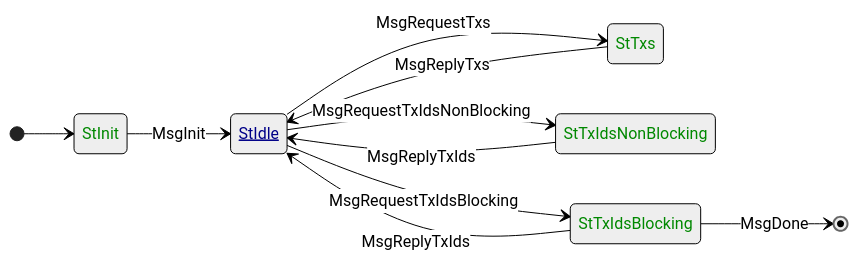
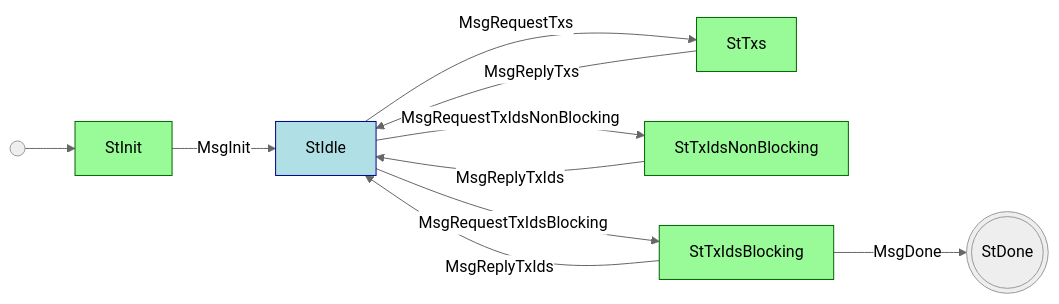
The diagram in src/network/node-to-node/txsubmission2/README.md (rkuhn/cardano-blueprint), drawn with Mermaid (neutral theme) before and after one commit. The commit also changed other lines of this file and 11 other files, not shown here.

First line of the commit message:
Improve readability of state diagrams

````diff
--- a/src/network/node-to-node/txsubmission2/README.md
+++ b/src/network/node-to-node/txsubmission2/README.md
@@ -43,21 +43,20 @@
 ```mermaid
-stateDiagram
-   direction LR
-   [*] --> StInit
-   StInit --> StIdle: MsgInit
-   StIdle --> StTxs: MsgRequestTxs
-   StTxs --> StIdle: MsgReplyTxs
-   StIdle --> StTxIdsNonBlocking: MsgRequestTxIdsNonBlocking
-   StTxIdsNonBlocking --> StIdle: MsgReplyTxIds
-   StIdle --> StTxIdsBlocking: MsgRequestTxIdsBlocking
-   StTxIdsBlocking --> StIdle: MsgReplyTxIds
-   StTxIdsBlocking --> [*]: MsgDone
+graph LR
+   classDef client color:black,fill:PaleGreen,stroke:DarkGreen;
+   classDef server color:black,fill:PowderBlue,stroke:DarkBlue;
 
-    classDef initiator color:#080
-    classDef responder color:#008, text-decoration: underline
-    class StIdle responder
-    class StInit initiator
-    class StTxs initiator
-    class StTxIdsBlocking initiator
-    class StTxIdsNonBlocking initiator
+   StDone(((StDone)))
+
+   i(( )) --> StInit
+   StInit --MsgInit--> StIdle
+   StIdle --MsgRequestTxs--> StTxs
+   StTxs --MsgReplyTxs--> StIdle
+   StIdle --MsgRequestTxIdsNonBlocking--> StTxIdsNonBlocking
+   StTxIdsNonBlocking --MsgReplyTxIds--> StIdle
+   StIdle --MsgRequestTxIdsBlocking--> StTxIdsBlocking
+   StTxIdsBlocking --MsgReplyTxIds--> StIdle
+   StTxIdsBlocking --MsgDone--> StDone
+
+   class StInit,StTxs,StTxIdsBlocking,StTxIdsNonBlocking client
+   class StIdle server
 ```
````
